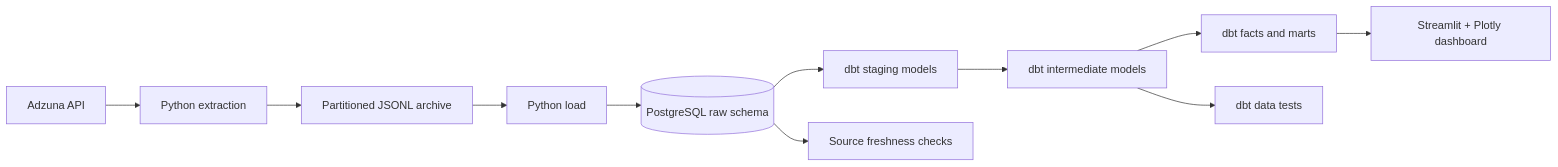
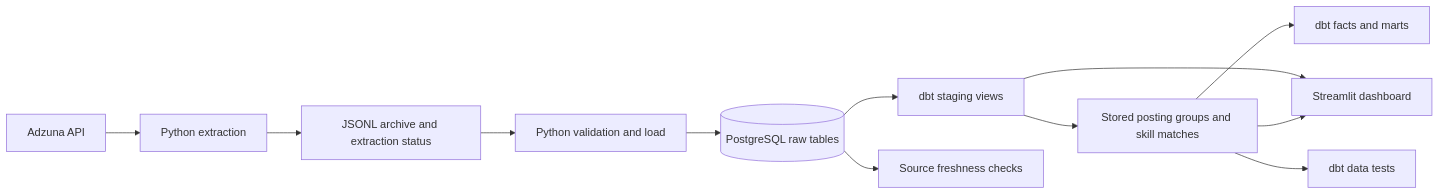
Before and after one commit to oonursoylu/job-market-data-pipeline: the diagram in README.md, drawn with Mermaid. The commit also changed other lines of this file and 1 other file, not shown here.

Commit message:
Highlight skills and update dashboard documentation

````diff
--- a/README.md
+++ b/README.md
@@ -27,13 +26,14 @@
 ```mermaid
 flowchart LR
-    A["Adzuna API"] --> B["Python extraction"]
-    B --> C["Partitioned JSONL archive"]
-    C --> D["Python load"]
-    D --> E[("PostgreSQL raw schema")]
-    E --> F["dbt staging models"]
-    F --> G["dbt intermediate models"]
-    G --> H["dbt facts and marts"]
-    H --> I["Streamlit + Plotly dashboard"]
-    E --> J["Source freshness checks"]
-    G --> K["dbt data tests"]
+    A[Adzuna API] --> B[Python extraction]
+    B --> C[JSONL archive and extraction status]
+    C --> D[Python validation and load]
+    D --> E[(PostgreSQL raw tables)]
+    E --> F[dbt staging views]
+    F --> G[Stored posting groups and skill matches]
+    G --> H[dbt facts and marts]
+    F --> I[Streamlit dashboard]
+    G --> I
+    E --> J[Source freshness checks]
+    G --> K[dbt data tests]
 ```
````
